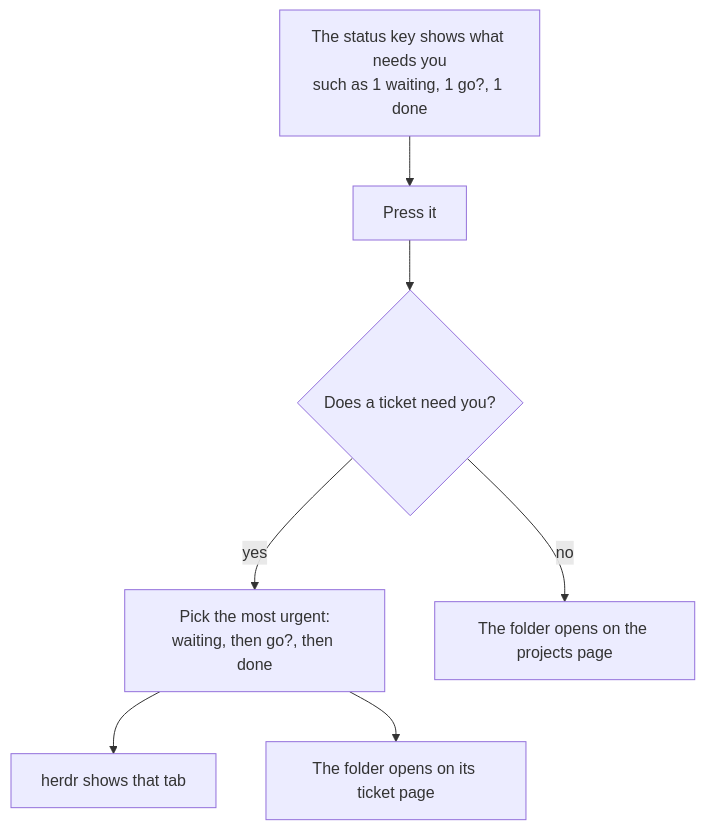
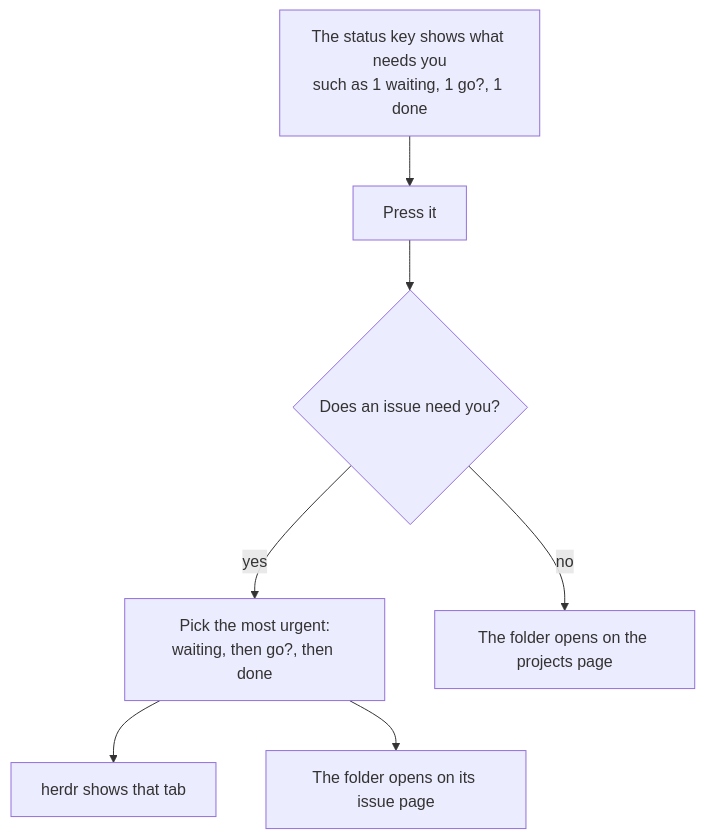
One commit to PieterLuypaert/helm changed the sixth of 7 diagrams in docs/flows.md. Above: the diagram before and after it, drawn with Mermaid. The commit also changed other lines of this file and 14 other files, not shown here.

````diff
--- a/docs/flows.md
+++ b/docs/flows.md
@@ -131,9 +131,9 @@
 ```mermaid
 flowchart TD
     look["The status key shows what needs you<br/>such as 1 waiting, 1 go?, 1 done"] --> press["Press it"]
-    press --> any{"Does a ticket need you?"}
+    press --> any{"Does an issue need you?"}
     any -->|yes| most["Pick the most urgent:<br/>waiting, then go?, then done"]
     most --> screen["herdr shows that tab"]
-    most --> folder["The folder opens on its ticket page"]
+    most --> folder["The folder opens on its issue page"]
     any -->|no| projects["The folder opens on the projects page"]
 ```
````
